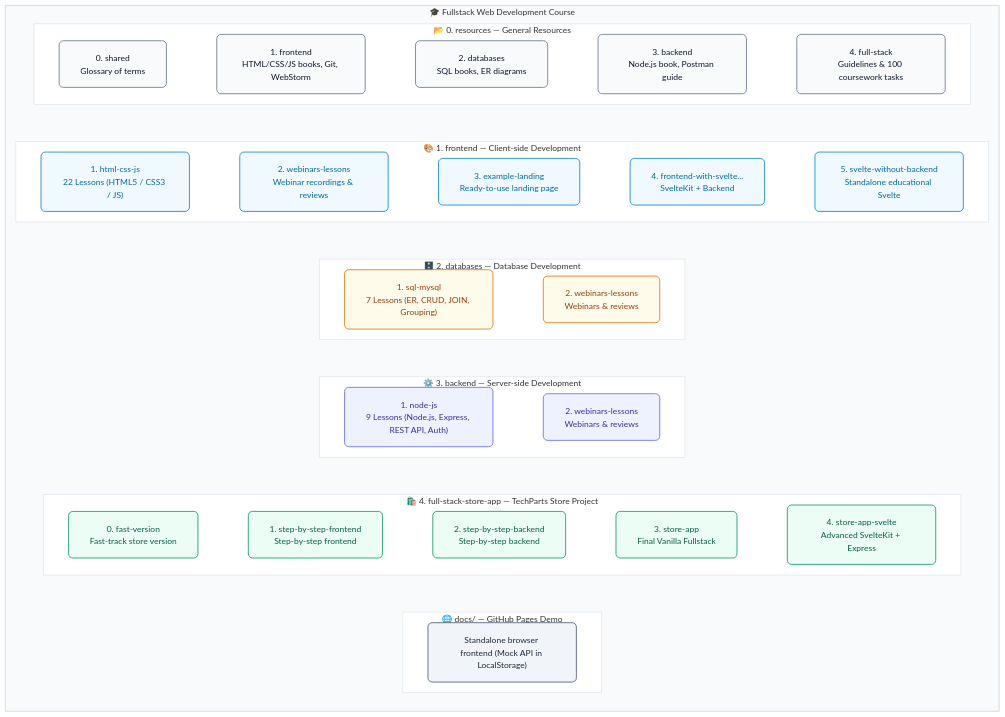
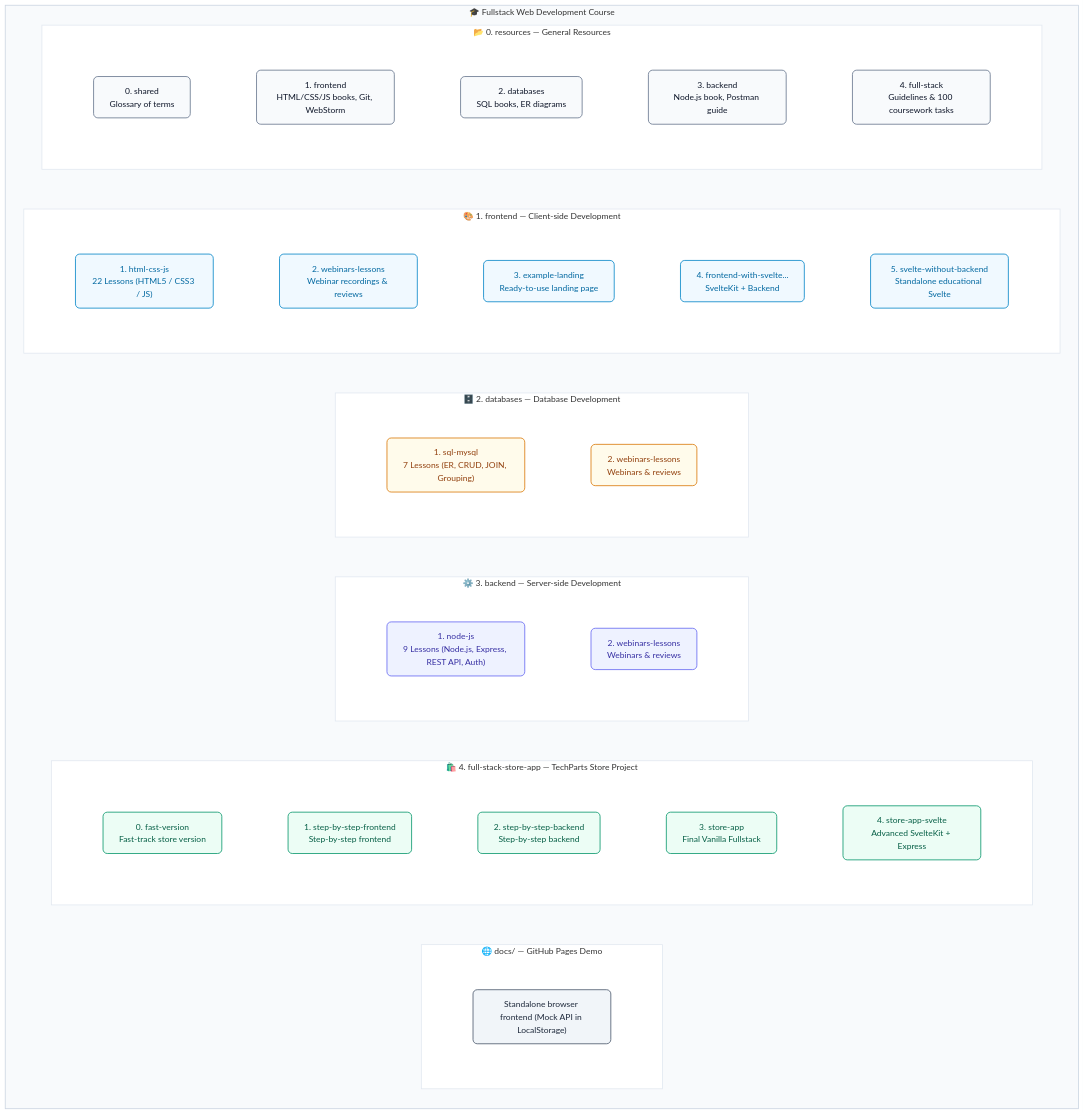
One commit to mrsky1001/fullstack-web-development-course changed the first of 2 diagrams in README.md. Above: the diagram before and after it, drawn with Mermaid. The commit also changed 1 other file, not shown here.

Commit message:
refactor: wrap mermaid subgraph elements in individual rows to improve layout rendering

````diff
--- a/README.md
+++ b/README.md
@@ -146,55 +146,73 @@
 ```mermaid
-%%{init: {'flowchart': {'rankSpacing': 45, 'nodeSpacing': 20, 'padding': 20}}}%%
 flowchart TD
     subgraph ROOT["🎓 Fullstack Web Development Course"]
         direction TB
 
         subgraph RES["📂 0. resources — General Resources"]
-            direction LR
-            R0["<span style='display:inline-block; text-decoration:none;'>0. shared<br/>Glossary of terms</span>"]
-            R1["<span style='display:inline-block; text-decoration:none;'>1. frontend<br/>HTML/CSS/JS books, Git, WebStorm</span>"]
-            R2["<span style='display:inline-block; text-decoration:none;'>2. databases<br/>SQL books, ER diagrams</span>"]
-            R3["<span style='display:inline-block; text-decoration:none;'>3. backend<br/>Node.js book, Postman guide</span>"]
-            R4["<span style='display:inline-block; text-decoration:none;'>4. full-stack<br/>Guidelines & 100 coursework tasks</span>"]
-            R0 ~~~ R1 ~~~ R2 ~~~ R3 ~~~ R4
+            direction TB
+            subgraph RES_ROW[" "]
+                direction LR
+                R0["<span style='display:inline-block; text-decoration:none;'>0. shared<br/>Glossary of terms</span>"]
+                R1["<span style='display:inline-block; text-decoration:none;'>1. frontend<br/>HTML/CSS/JS books, Git, WebStorm</span>"]
+                R2["<span style='display:inline-block; text-decoration:none;'>2. databases<br/>SQL books, ER diagrams</span>"]
+                R3["<span style='display:inline-block; text-decoration:none;'>3. backend<br/>Node.js book, Postman guide</span>"]
+                R4["<span style='display:inline-block; text-decoration:none;'>4. full-stack<br/>Guidelines & 100 coursework tasks</span>"]
+                R0 ~~~ R1 ~~~ R2 ~~~ R3 ~~~ R4
+            end
         end
 
         subgraph MOD1["🎨 1. frontend — Client-side Development"]
-            direction LR
-            F1["<span style='display:inline-block; text-decoration:none;'>1. html-css-js<br/>22 Lessons (HTML5 / CSS3 / JS)</span>"]
-            F2["<span style='display:inline-block; text-decoration:none;'>2. webinars-lessons<br/>Webinar recordings & reviews</span>"]
-            F3["<span style='display:inline-block; text-decoration:none;'>3. example-landing<br/>Ready-to-use landing page</span>"]
-            F4["<span style='display:inline-block; text-decoration:none;'>4. frontend-with-svelte...<br/>SvelteKit + Backend</span>"]
-            F5["<span style='display:inline-block; text-decoration:none;'>5. svelte-without-backend<br/>Standalone educational Svelte</span>"]
-            F1 ~~~ F2 ~~~ F3 ~~~ F4 ~~~ F5
+            direction TB
+            subgraph MOD1_ROW[" "]
+                direction LR
+                F1["<span style='display:inline-block; text-decoration:none;'>1. html-css-js<br/>22 Lessons (HTML5 / CSS3 / JS)</span>"]
+                F2["<span style='display:inline-block; text-decoration:none;'>2. webinars-lessons<br/>Webinar recordings & reviews</span>"]
+                F3["<span style='display:inline-block; text-decoration:none;'>3. example-landing<br/>Ready-to-use landing page</span>"]
+                F4["<span style='display:inline-block; text-decoration:none;'>4. frontend-with-svelte...<br/>SvelteKit + Backend</span>"]
+                F5["<span style='display:inline-block; text-decoration:none;'>5. svelte-without-backend<br/>Standalone educational Svelte</span>"]
+                F1 ~~~ F2 ~~~ F3 ~~~ F4 ~~~ F5
+            end
         end
 
         subgraph MOD2["🗄️ 2. databases — Database Development"]
-            direction LR
-            D1["<span style='display:inline-block; text-decoration:none;'>1. sql-mysql<br/>7 Lessons (ER, CRUD, JOIN, Grouping)</span>"]
-            D2["<span style='display:inline-block; text-decoration:none;'>2. webinars-lessons<br/>Webinars & reviews</span>"]
-            D1 ~~~ D2
+            direction TB
+            subgraph MOD2_ROW[" "]
+                direction LR
+                D1["<span style='display:inline-block; text-decoration:none;'>1. sql-mysql<br/>7 Lessons (ER, CRUD, JOIN, Grouping)</span>"]
+                D2["<span style='display:inline-block; text-decoration:none;'>2. webinars-lessons<br/>Webinars & reviews</span>"]
+                D1 ~~~ D2
+            end
         end
 
         subgraph MOD3["⚙️ 3. backend — Server-side Development"]
-            direction LR
-            B1["<span style='display:inline-block; text-decoration:none;'>1. node-js<br/>9 Lessons (Node.js, Express, REST API, Auth)</span>"]
-            B2["<span style='display:inline-block; text-decoration:none;'>2. webinars-lessons<br/>Webinars & reviews</span>"]
-            B1 ~~~ B2
+            direction TB
+            subgraph MOD3_ROW[" "]
+                direction LR
+                B1["<span style='display:inline-block; text-decoration:none;'>1. node-js<br/>9 Lessons (Node.js, Express, REST API, Auth)</span>"]
+                B2["<span style='display:inline-block; text-decoration:none;'>2. webinars-lessons<br/>Webinars & reviews</span>"]
+                B1 ~~~ B2
+            end
         end
 
         subgraph MOD4["🛍️ 4. full-stack-store-app — TechParts Store Project"]
-            direction LR
-            S0["<span style='display:inline-block; text-decoration:none;'>0. fast-version<br/>Fast-track store version</span>"]
-            S1["<span style='display:inline-block; text-decoration:none;'>1. step-by-step-frontend<br/>Step-by-step frontend</span>"]
-            S2["<span style='display:inline-block; text-decoration:none;'>2. step-by-step-backend<br/>Step-by-step backend</span>"]
-            S3["<span style='display:inline-block; text-decoration:none;'>3. store-app<br/>Final Vanilla Fullstack</span>"]
-            S4["<span style='display:inline-block; text-decoration:none;'>4. store-app-svelte<br/>Advanced SvelteKit + Express</span>"]
-            S0 ~~~ S1 ~~~ S2 ~~~ S3 ~~~ S4
+            direction TB
+            subgraph MOD4_ROW[" "]
+                direction LR
+                S0["<span style='display:inline-block; text-decoration:none;'>0. fast-version<br/>Fast-track store version</span>"]
+                S1["<span style='display:inline-block; text-decoration:none;'>1. step-by-step-frontend<br/>Step-by-step frontend</span>"]
+                S2["<span style='display:inline-block; text-decoration:none;'>2. step-by-step-backend<br/>Step-by-step backend</span>"]
+                S3["<span style='display:inline-block; text-decoration:none;'>3. store-app<br/>Final Vanilla Fullstack</span>"]
+                S4["<span style='display:inline-block; text-decoration:none;'>4. store-app-svelte<br/>Advanced SvelteKit + Express</span>"]
+                S0 ~~~ S1 ~~~ S2 ~~~ S3 ~~~ S4
+            end
         end
 
         subgraph DOCS["🌐 docs/ — GitHub Pages Demo"]
-            DOC["<span style='display:inline-block; text-decoration:none;'>Standalone browser frontend (Mock API in LocalStorage)</span>"]
+            direction TB
+            subgraph DOCS_ROW[" "]
+                direction LR
+                DOC["<span style='display:inline-block; text-decoration:none;'>Standalone browser frontend (Mock API in LocalStorage)</span>"]
+            end
         end
 
         RES ~~~ MOD1 ~~~ MOD2 ~~~ MOD3 ~~~ MOD4 ~~~ DOCS
@@ -222,6 +240,13 @@
     style MOD4 fill:#ffffff,stroke:#e2e8f0,stroke-width:1.5px
     style DOCS fill:#ffffff,stroke:#e2e8f0,stroke-width:1.5px
 
+    style RES_ROW fill:none,stroke:none
+    style MOD1_ROW fill:none,stroke:none
+    style MOD2_ROW fill:none,stroke:none
+    style MOD3_ROW fill:none,stroke:none
+    style MOD4_ROW fill:none,stroke:none
+    style DOCS_ROW fill:none,stroke:none
+
     click R0 "./0.%20resources/0.%20shared/" "Open 0. shared"
     click R1 "./0.%20resources/1.%20frontend/" "Open 1. frontend"
     click R2 "./0.%20resources/2.%20databases/" "Open 2. databases"
````
